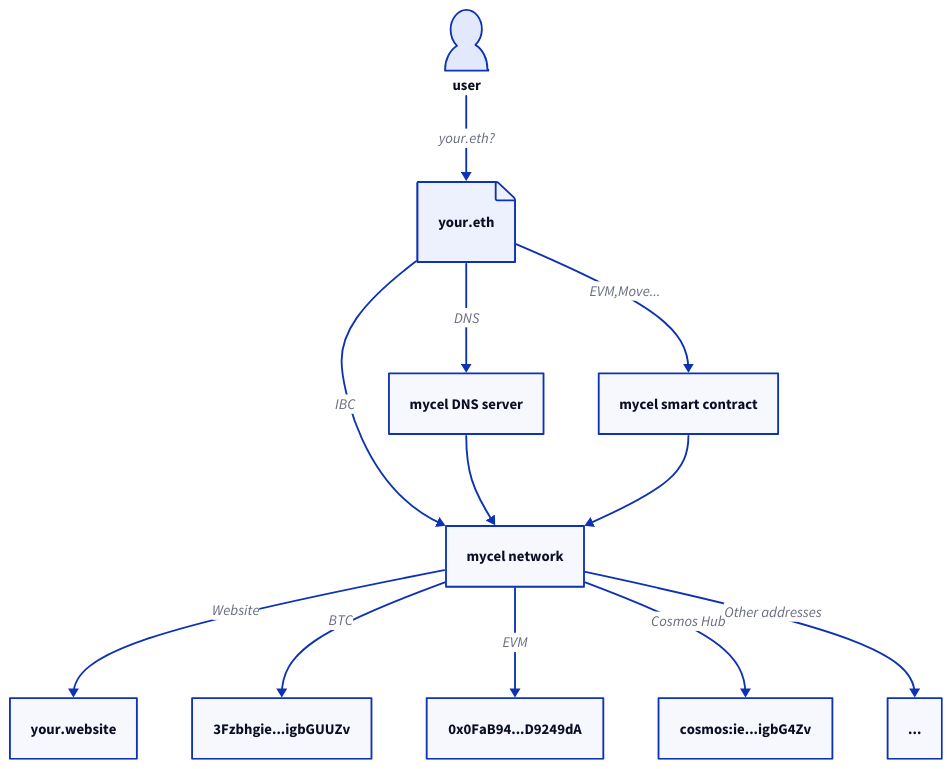
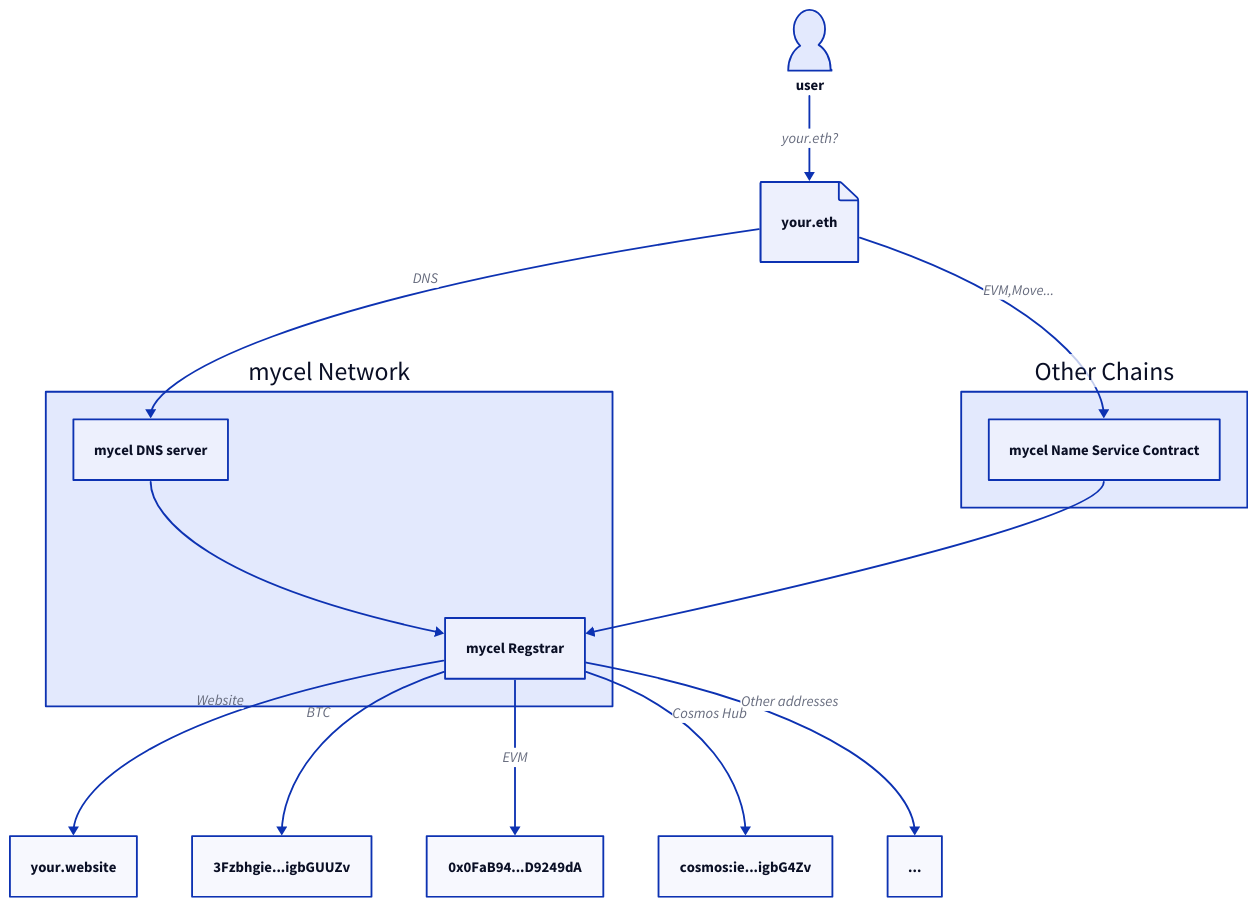
One commit to mycel-labs/mycel-docs changed the diagram in docs/assets/overview.d2. Above: the diagram before and after it, drawn with D2. The commit also changed 5 other files, not shown here.

```diff
--- a/docs/assets/overview.d2
+++ b/docs/assets/overview.d2
@@ -1,14 +1,23 @@
-direction: down
+mycel: mycel Network {
+  DNS: mycel DNS server
+  Registrar: mycel Regstrar
+
+  DNS -> Registrar
+}
+
+otherChain: Other Chains {
+  NSC: mycel Name Service Contract
+}
+otherChain.NSC -> mycel.Registrar
+
 "user".shape: person
 "your.eth".shape: page
+
 user -> "your.eth": your.eth?
-"your.eth" -> mycel network: IBC
-"your.eth" -> mycel DNS server: DNS
-"your.eth" -> mycel smart contract: EVM,Move...
-mycel DNS server -> mycel network
-mycel smart contract -> mycel network
-mycel network -> "your.website" : Website
-mycel network -> "3Fzbhgie...igbGUUZv": BTC
-mycel network -> "0x0FaB94...D9249dA": EVM
-mycel network -> "cosmos:ie...igbG4Zv": Cosmos Hub
-mycel network -> "...": Other addresses
+"your.eth" -> mycel.DNS: DNS
+"your.eth" -> otherChain.NSC: EVM,Move...
+mycel.Registrar-> "your.website" : Website
+mycel.Registrar-> "3Fzbhgie...igbGUUZv": BTC
+mycel.Registrar-> "0x0FaB94...D9249dA": EVM
+mycel.Registrar-> "cosmos:ie...igbG4Zv": Cosmos Hub
+mycel.Registrar->"...": Other addresses
```
